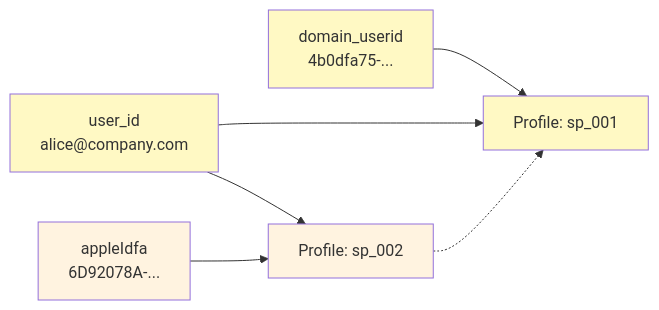
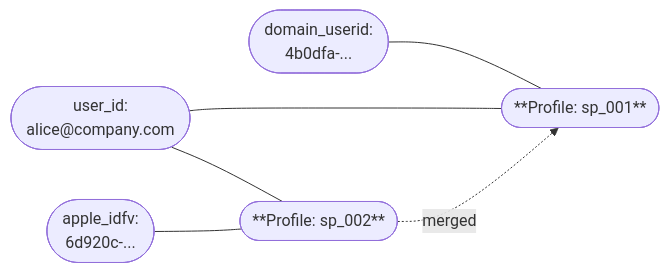
The fourth of 9 diagrams in docs/identities/concepts/index.md (snowplow/documentation), drawn with Mermaid before and after one commit. The commit also changed other lines of this file and 2 other files, not shown here.

````diff
--- a/docs/identities/concepts/index.md
+++ b/docs/identities/concepts/index.md
@@ -138,23 +116,14 @@
 ```mermaid
 graph LR
-    A["domain_userid
-    4b0dfa75-..."]
-    B["user_id
-    alice@company.com"]
-    C["appleIdfa
-    6D92078A-..."]
-    P1["Profile: sp_001"]
-    P2["Profile: sp_002"]
+    A(["domain_userid:<br/>4b0dfa-..."])
+    B(["user_id:<br/>alice@company.com"])
+    C(["apple_idfv:<br/>6d920c-..."])
+    P1(["**Profile: sp_001**"])
+    P2(["**Profile: sp_002**"])
 
-    A --> P1
-    B --> P1
-    C --> P2
-    B --> P2
-    P2 -.-> P1
-
-    style A fill:#fff9c4
-    style B fill:#fff9c4
-    style C fill:#fff3e0
-    style P1 fill:#fff9c4
-    style P2 fill:#fff3e0
+    A --- P1
+    B --- P1
+    C --- P2
+    B --- P2
+    P2 -. merged .-> P1
 ```
````
